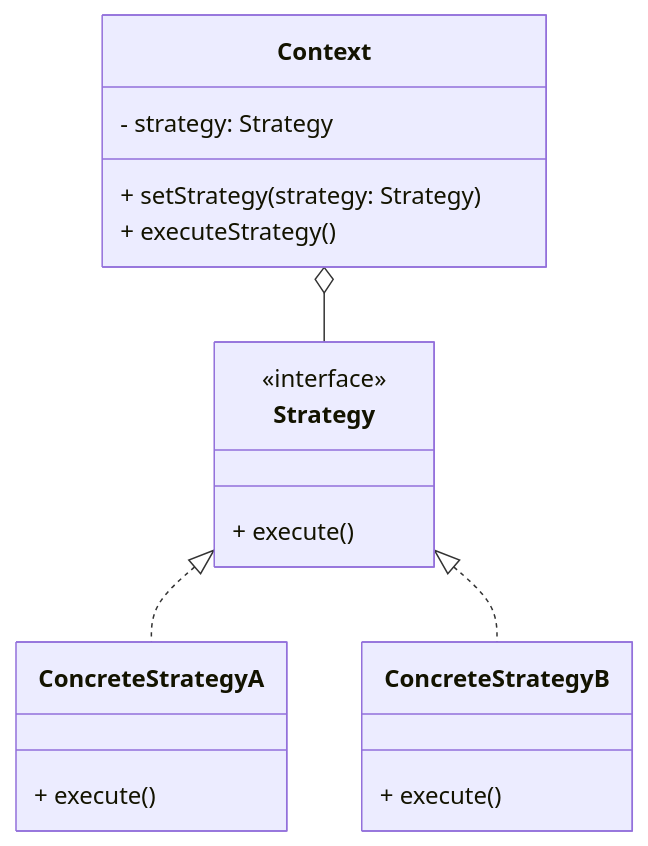
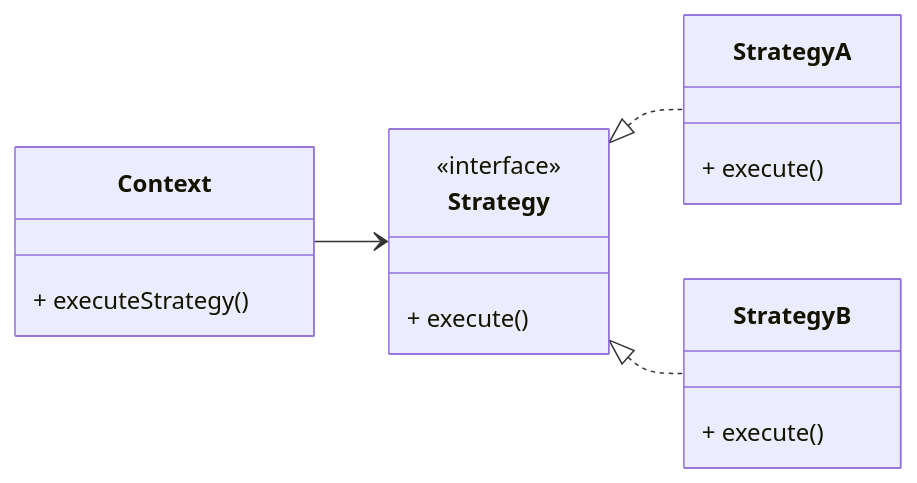
One commit to kousen/java-skills-project changed the first of 3 diagrams in slides/slides_14_strategy_pattern.md. Above: the diagram before and after it, drawn with Mermaid. The commit also changed other lines of this file and 6 other files, not shown here.

````diff
--- a/slides/slides_14_strategy_pattern.md
+++ b/slides/slides_14_strategy_pattern.md
@@ -73,22 +49,24 @@
 ```mermaid
 classDiagram
+    direction LR
     class Context {
-        - strategy: Strategy
-        + setStrategy(strategy: Strategy)
         + executeStrategy()
     }
+    
     class Strategy {
         <<interface>>
         + execute()
     }
-    class ConcreteStrategyA {
+    
+    class StrategyA {
         + execute()
     }
-    class ConcreteStrategyB {
+    
+    class StrategyB {
         + execute()
     }
 
-    Context o-- Strategy
-    Strategy <|.. ConcreteStrategyA
-    Strategy <|.. ConcreteStrategyB
+    Context --> Strategy
+    Strategy <|.. StrategyA
+    Strategy <|.. StrategyB
 ```
````
